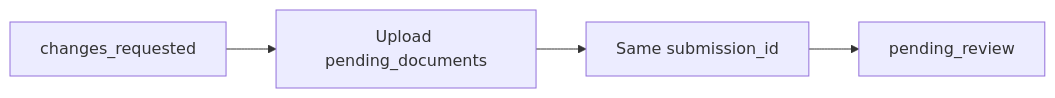
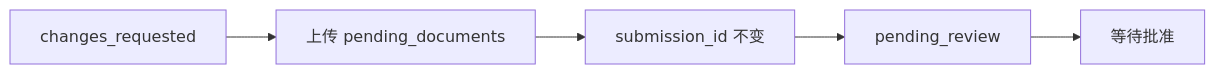
Before and after one commit to CBpayapp/cbpay-docs: the diagram in mcp-pack/guides/zh/guides/kyc-remediation.md, drawn with Mermaid. The commit also changed other lines of this file and 5 other files, not shown here.

````diff
--- a/mcp-pack/guides/zh/guides/kyc-remediation.md
+++ b/mcp-pack/guides/zh/guides/kyc-remediation.md
@@ -29,6 +42,7 @@
 ```mermaid
 flowchart LR
-  A["changes_requested"] --> B["Upload pending_documents"]
-  B --> C["Same submission_id"]
+  A["changes_requested"] --> B["上传 pending_documents"]
+  B --> C["submission_id 不变"]
   C --> D["pending_review"]
+  D --> E["等待批准"]
 ```
````
